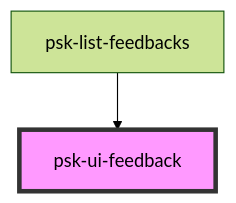
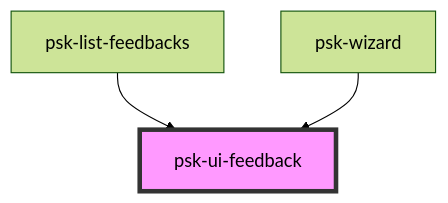
One commit to daniel-visoiu/cardinal changed the diagram in src/components/psk-ui-feedback/readme.md. Above: the diagram before and after it, drawn with Mermaid (forest theme). The commit also changed other lines of this file and 5 other files, not shown here.

````diff
--- a/src/components/psk-ui-feedback/readme.md
+++ b/src/components/psk-ui-feedback/readme.md
@@ -33,5 +34,6 @@
 ```mermaid
 graph TD;
   psk-list-feedbacks --> psk-ui-feedback
+  psk-wizard --> psk-ui-feedback
   style psk-ui-feedback fill:#f9f,stroke:#333,stroke-width:4px
 ```
````
